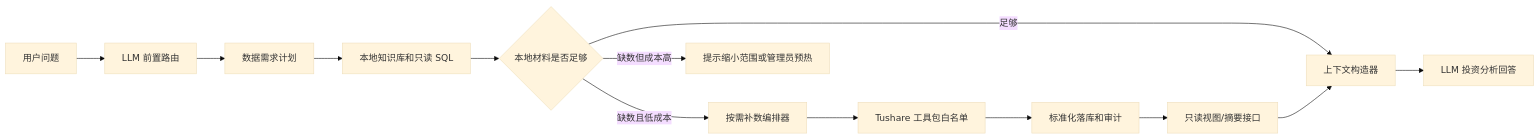
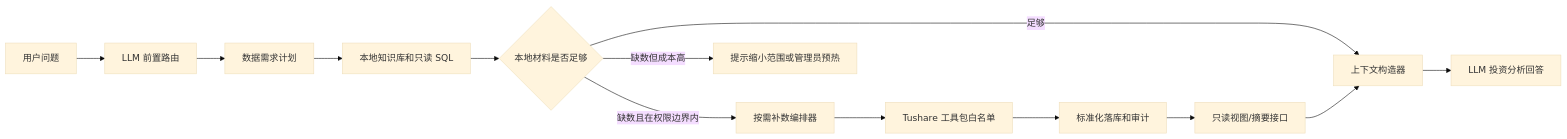
One commit to WinSalty/stock-ah-premium-ai changed the diagram in resources/doc/llm-tushare-on-demand-stock-data-plan.md. Above: the diagram before and after it, drawn with Mermaid (base theme). The commit also changed other lines of this file and 10 other files, not shown here.

````diff
--- a/resources/doc/llm-tushare-on-demand-stock-data-plan.md
+++ b/resources/doc/llm-tushare-on-demand-stock-data-plan.md
@@ -15,15 +15,15 @@
 ```mermaid
 flowchart LR
   U["用户问题"] --> R["LLM 前置路由"]
   R --> P["数据需求计划"]
   P --> L["本地知识库和只读 SQL"]
   L --> G{"本地材料是否足够"}
   G -->|"足够"| C["上下文构造器"]
-  G -->|"缺数且低成本"| O["按需补数编排器"]
+  G -->|"缺数且在权限边界内"| O["按需补数编排器"]
   G -->|"缺数但成本高"| H["提示缩小范围或管理员预热"]
   O --> W["Tushare 工具包白名单"]
   W --> S["标准化落库和审计"]
   S --> V["只读视图/摘要接口"]
   V --> C
   C --> A["LLM 投资分析回答"]
 ```
````
